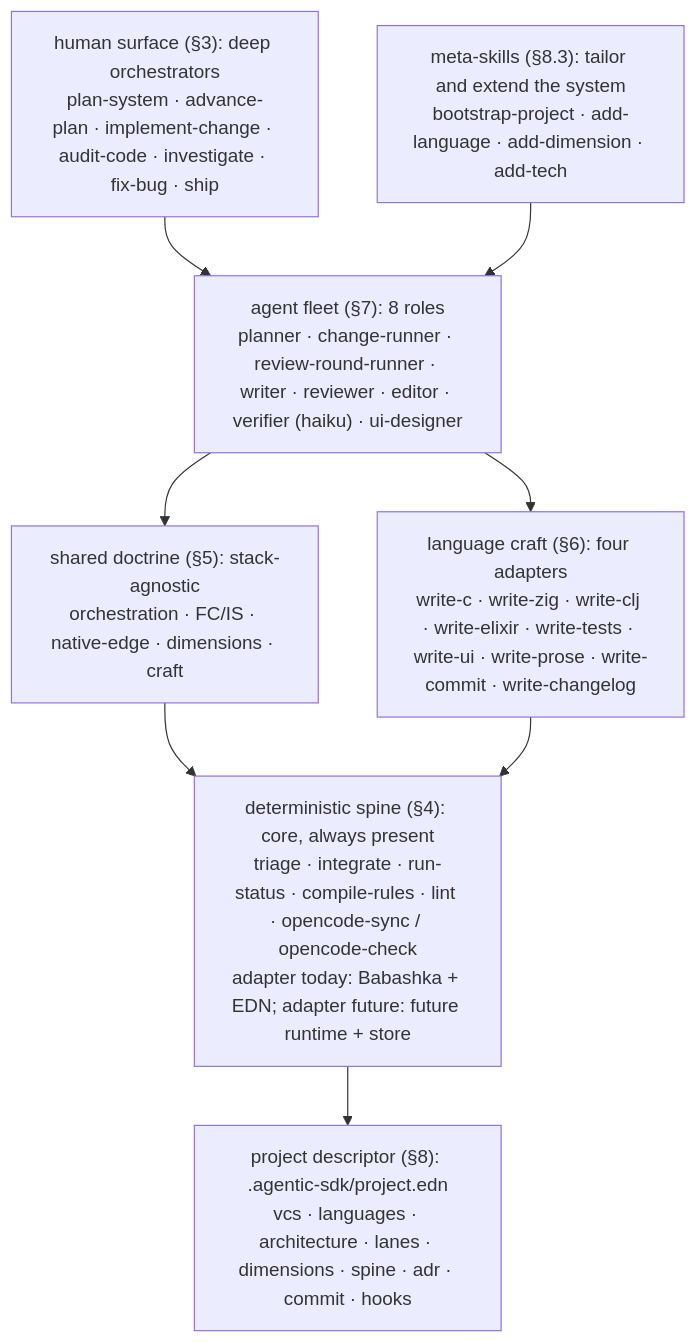
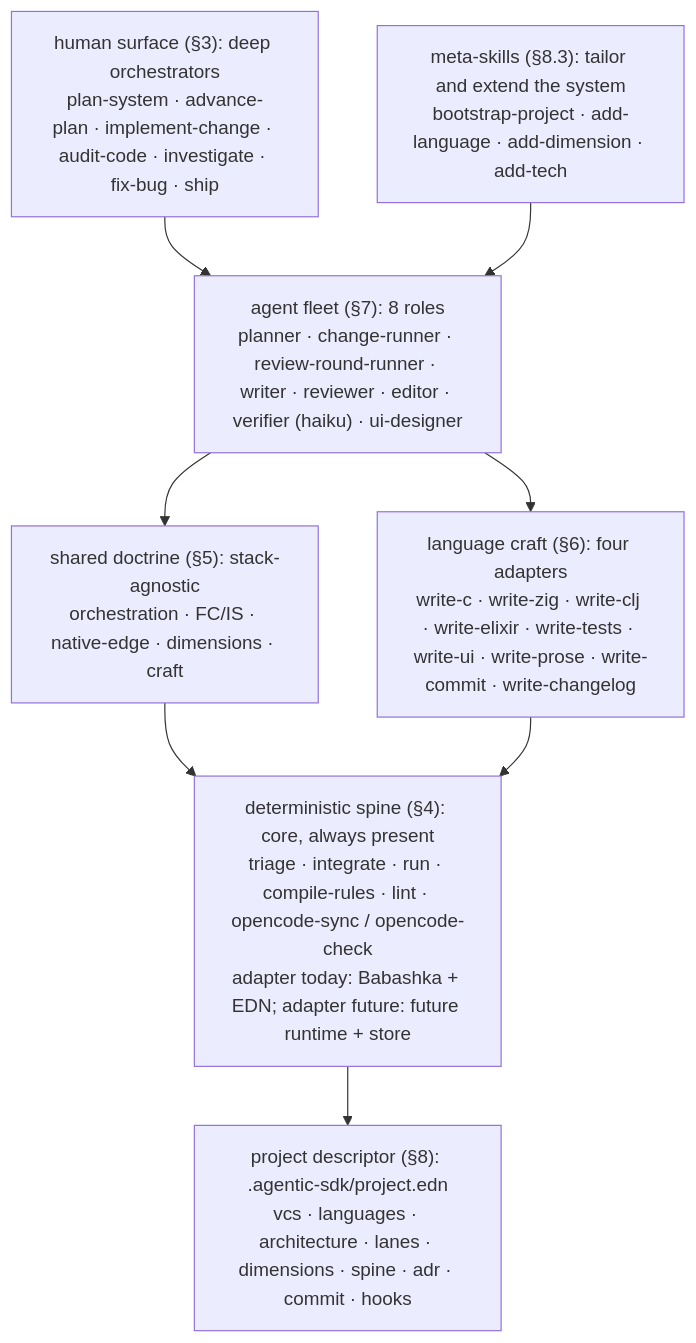
The diagram in docs/design.md (leifericf/agentic-sdk), drawn with Mermaid before and after one commit. The commit also changed other lines of this file and 9 other files, not shown here.

````diff
--- a/docs/design.md
+++ b/docs/design.md
@@ -57,15 +57,15 @@
 ```mermaid
 flowchart TD
   EP["human surface (§3): deep orchestrators<br/>plan-system · advance-plan · implement-change · audit-code · investigate · fix-bug · ship"]
   MS["meta-skills (§8.3): tailor and extend the system<br/>bootstrap-project · add-language · add-dimension · add-tech"]
   AG["agent fleet (§7): 8 roles<br/>planner · change-runner · review-round-runner · writer · reviewer · editor · verifier (haiku) · ui-designer"]
   SD["shared doctrine (§5): stack-agnostic<br/>orchestration · FC/IS · native-edge · dimensions · craft"]
   LC["language craft (§6): four adapters<br/>write-c · write-zig · write-clj · write-elixir · write-tests · write-ui · write-prose · write-commit · write-changelog"]
-  SP["deterministic spine (§4): core, always present<br/>triage · integrate · run-status · compile-rules · lint · opencode-sync / opencode-check<br/>adapter today: Babashka + EDN; adapter future: future runtime + store"]
+  SP["deterministic spine (§4): core, always present<br/>triage · integrate · run · compile-rules · lint · opencode-sync / opencode-check<br/>adapter today: Babashka + EDN; adapter future: future runtime + store"]
   PD["project descriptor (§8): .agentic-sdk/project.edn<br/>vcs · languages · architecture · lanes · dimensions · spine · adr · commit · hooks"]
   EP --> AG
   MS --> AG
   AG --> SD & LC
   SD & LC --> SP
   SP --> PD
 ```
````
